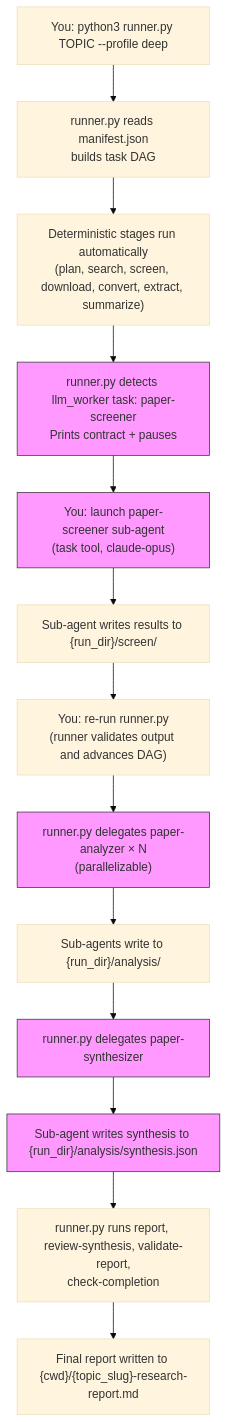
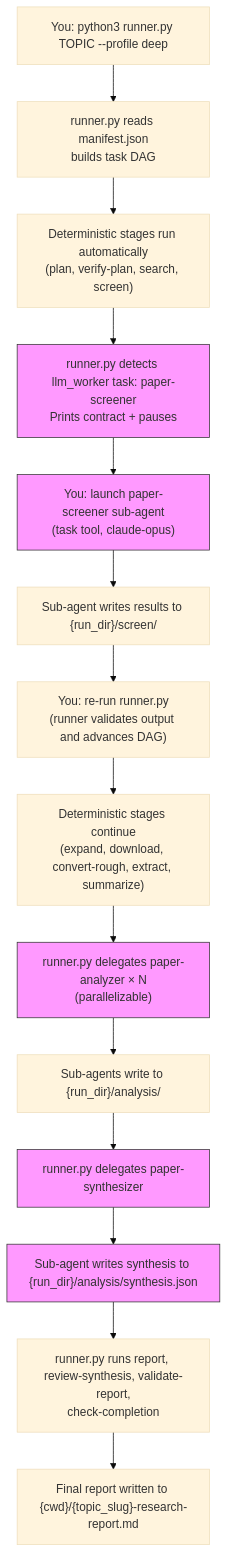
The diagram in src/research_pipeline/skill_data/research-pipeline/references/sub-agents.md (grammy-jiang/research-pipeline), drawn with Mermaid (base theme) before and after one commit. The commit also changed 6 other files, not shown here.

First line of the commit message:
fix: DAI review-ranked always delegated; fix sub-agents.md Mermaid stage order

````diff
--- a/src/research_pipeline/skill_data/research-pipeline/references/sub-agents.md
+++ b/src/research_pipeline/skill_data/research-pipeline/references/sub-agents.md
@@ -145,22 +145,23 @@
 ```mermaid
 flowchart TD
     A["You: python3 runner.py TOPIC --profile deep"] --> B
     B["runner.py reads manifest.json<br/>builds task DAG"] --> C
-    C["Deterministic stages run automatically<br/>(plan, search, screen, download, convert, extract, summarize)"] --> D
+    C["Deterministic stages run automatically<br/>(plan, verify-plan, search, screen)"] --> D
     D["runner.py detects llm_worker task: paper-screener<br/>Prints contract + pauses"] --> E
     E["You: launch paper-screener sub-agent<br/>(task tool, claude-opus)"] --> F
     F["Sub-agent writes results to {run_dir}/screen/"] --> G
-    G["You: re-run runner.py<br/>(runner validates output and advances DAG)"] --> H
+    G["You: re-run runner.py<br/>(runner validates output and advances DAG)"] --> G2
+    G2["Deterministic stages continue<br/>(expand, download, convert-rough, extract, summarize)"] --> H
     H["runner.py delegates paper-analyzer × N<br/>(parallelizable)"] --> I
     I["Sub-agents write to {run_dir}/analysis/"] --> J
     J["runner.py delegates paper-synthesizer"] --> K
     K["Sub-agent writes synthesis to {run_dir}/analysis/synthesis.json"] --> L
     L["runner.py runs report, review-synthesis, validate-report,<br/>check-completion"] --> M
     M["Final report written to {cwd}/{topic_slug}-research-report.md"]
 
     style D fill:#f9f,stroke:#333
     style E fill:#f9f,stroke:#333
     style H fill:#f9f,stroke:#333
     style J fill:#f9f,stroke:#333
     style K fill:#f9f,stroke:#333
 ```
````
